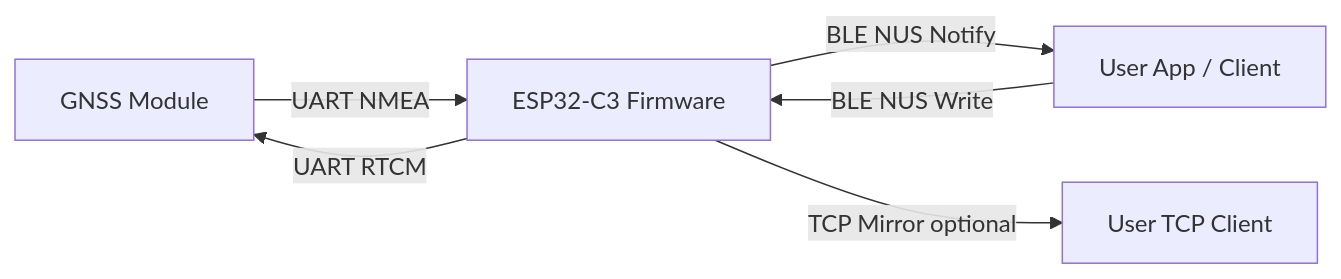
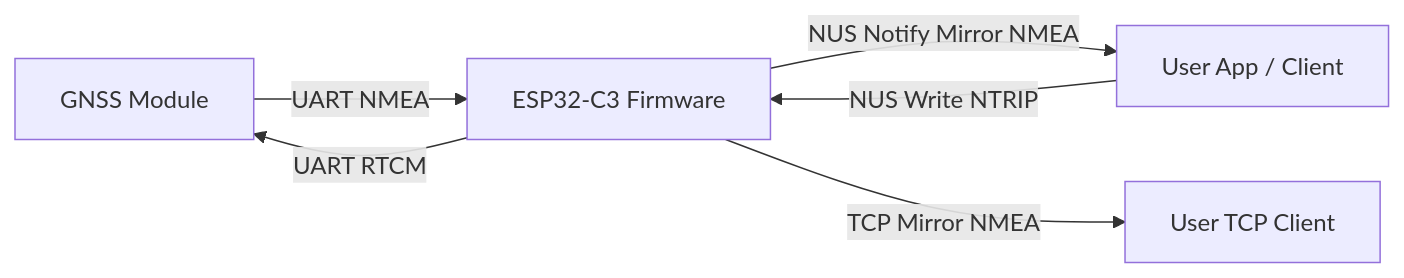
Before and after one commit to entr0-pi/gnss: the diagram in README.md, drawn with Mermaid.

````diff
--- a/README.md
+++ b/README.md
@@ -69,8 +69,8 @@
 ```mermaid
 flowchart LR
   GNSS[GNSS Module] -->|UART NMEA| ESP32C3["ESP32-C3 Firmware"]
   ESP32C3 -->|UART RTCM| GNSS
-  ESP32C3 -->|BLE NUS Notify| USER[User App / Client]
-  USER -->|BLE NUS Write| ESP32C3
-  ESP32C3 -->|TCP Mirror optional| TCP[User TCP Client]
+  ESP32C3 -->|NUS Notify Mirror NMEA| USER[User App / Client]
+  USER -->|NUS Write NTRIP| ESP32C3
+  ESP32C3 -->|TCP Mirror NMEA| TCP[User TCP Client]
 ```
````
